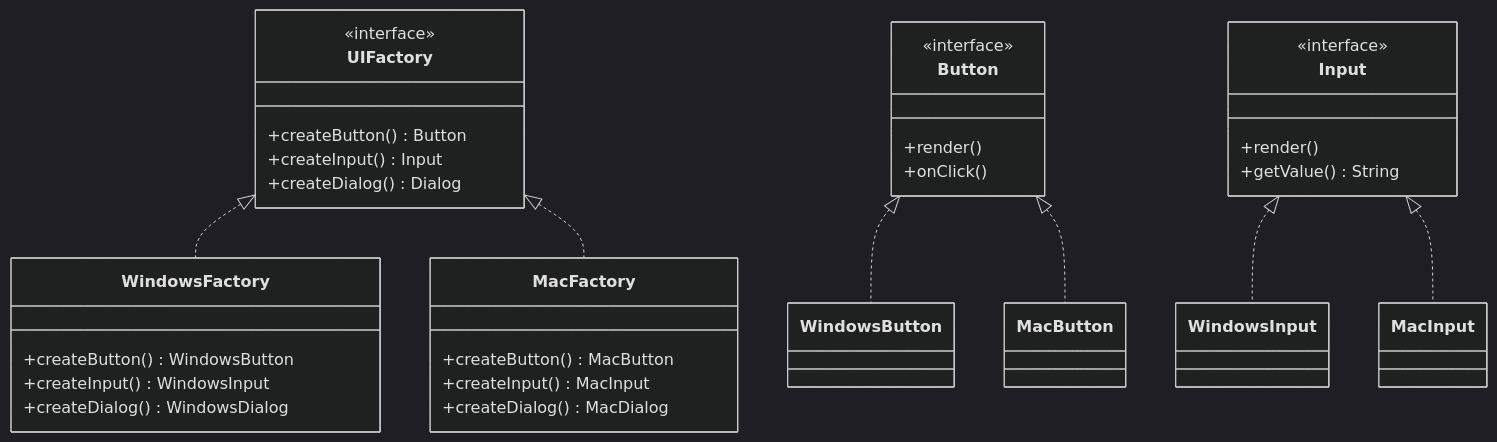
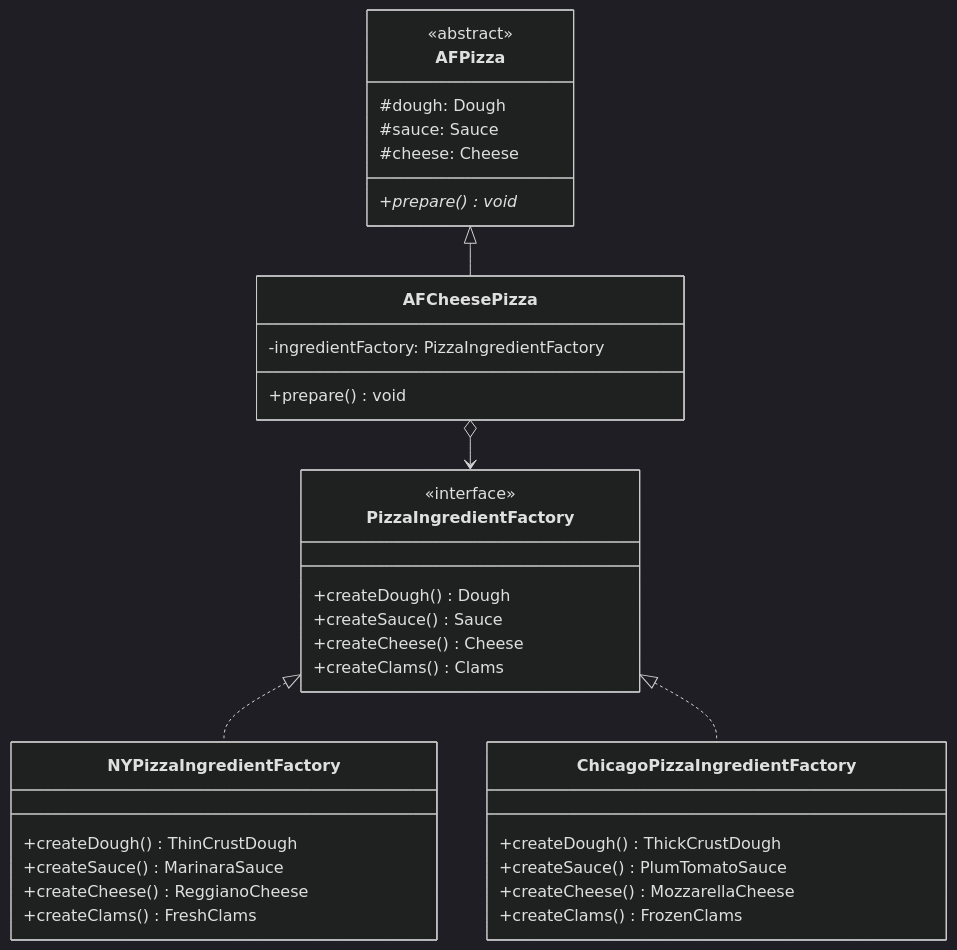
The diagram in docs/topic/design-patterns/creational-patterns/abstract-factory/index.md (luguosong/programming-notes), drawn with Mermaid (dark theme) before and after one commit. The commit also changed other lines of this file and 24 other files, not shown here.

````diff
--- a/docs/topic/design-patterns/creational-patterns/abstract-factory/index.md
+++ b/docs/topic/design-patterns/creational-patterns/abstract-factory/index.md
@@ -29,35 +29,37 @@
 ```mermaid
 classDiagram
-    class UIFactory {
+    class PizzaIngredientFactory {
         <<interface>>
-        +createButton() Button
-        +createInput() Input
-        +createDialog() Dialog
+        +createDough() Dough
+        +createSauce() Sauce
+        +createCheese() Cheese
+        +createClams() Clams
     }
-    class WindowsFactory {
-        +createButton() WindowsButton
-        +createInput() WindowsInput
-        +createDialog() WindowsDialog
+    class NYPizzaIngredientFactory {
+        +createDough() ThinCrustDough
+        +createSauce() MarinaraSauce
+        +createCheese() ReggianoCheese
+        +createClams() FreshClams
     }
-    class MacFactory {
-        +createButton() MacButton
-        +createInput() MacInput
-        +createDialog() MacDialog
+    class ChicagoPizzaIngredientFactory {
+        +createDough() ThickCrustDough
+        +createSauce() PlumTomatoSauce
+        +createCheese() MozzarellaCheese
+        +createClams() FrozenClams
     }
-    class Button {
-        <<interface>>
-        +render()
-        +onClick()
+    class AFPizza {
+        <<abstract>>
+        #dough: Dough
+        #sauce: Sauce
+        #cheese: Cheese
+        +prepare() void*
     }
-    class Input {
-        <<interface>>
-        +render()
-        +getValue() String
+    class AFCheesePizza {
+        -ingredientFactory: PizzaIngredientFactory
+        +prepare() void
     }
-    UIFactory <|.. WindowsFactory
-    UIFactory <|.. MacFactory
-    Button <|.. WindowsButton
-    Button <|.. MacButton
-    Input <|.. WindowsInput
-    Input <|.. MacInput
+    PizzaIngredientFactory <|.. NYPizzaIngredientFactory
+    PizzaIngredientFactory <|.. ChicagoPizzaIngredientFactory
+    AFPizza <|-- AFCheesePizza
+    AFCheesePizza o--> PizzaIngredientFactory
 ```
````
